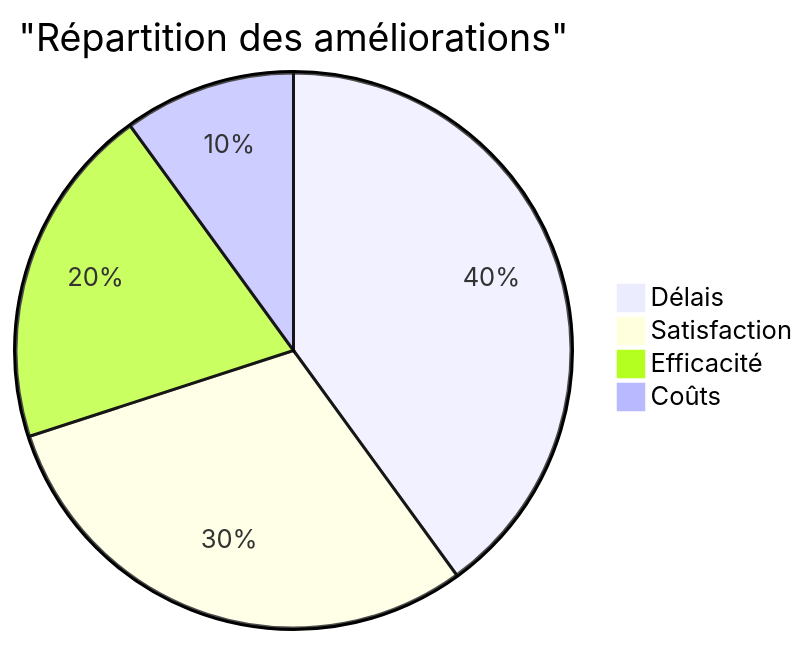
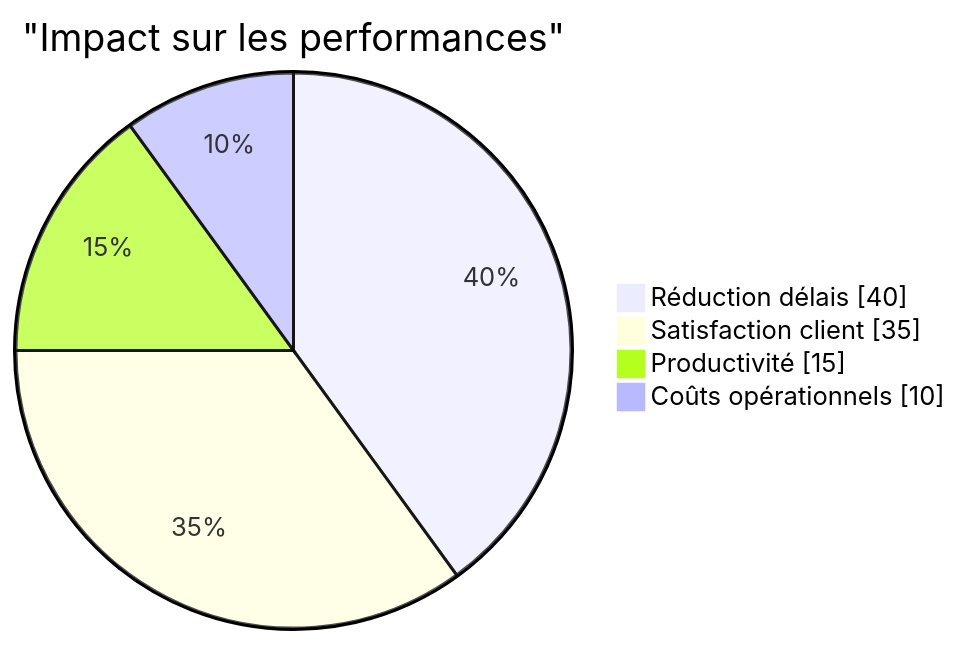
The sixth of 8 diagrams in public/docs/README.md (heroual/suivi-des-tickets), drawn with Mermaid before and after one commit. The commit also changed other lines of this file, not shown here.

````diff
--- a/public/docs/README.md
+++ b/public/docs/README.md
@@ -106,7 +113,7 @@
 ```mermaid
-pie title "Répartition des améliorations"
-    "Délais" : 40
-    "Satisfaction" : 30
-    "Efficacité" : 20
-    "Coûts" : 10
+pie showData title "Impact sur les performances"
+    "Réduction délais" : 40
+    "Satisfaction client" : 35
+    "Productivité" : 15
+    "Coûts opérationnels" : 10
 ```
````
